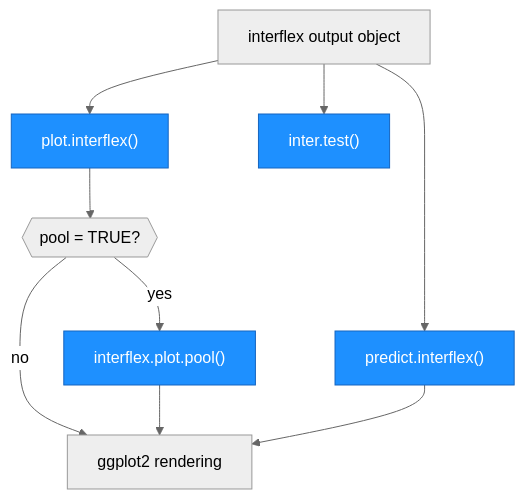
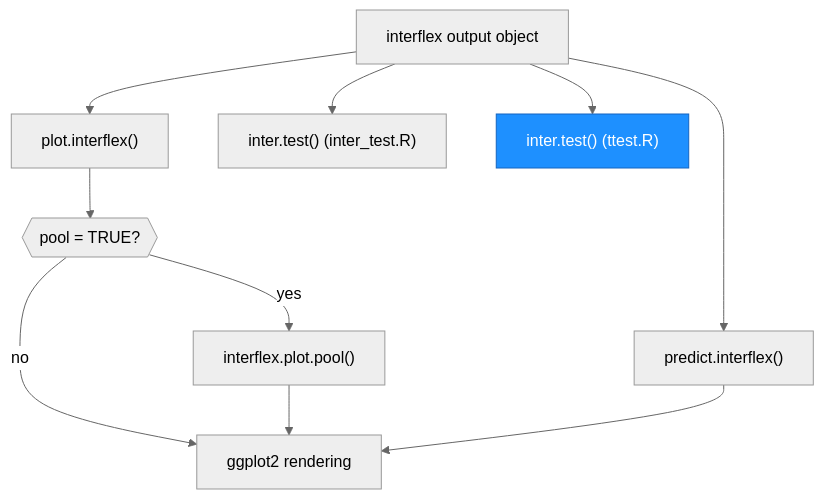
One commit to xuyiqing/interflex changed the third of 4 diagrams in architecture.md. Above: the diagram before and after it, drawn with Mermaid. The commit also changed other lines of this file and 10 other files, not shown here.

````diff
--- a/architecture.md
+++ b/architecture.md
@@ -221,17 +212,15 @@
 ```mermaid
 %%{init: {'theme': 'neutral'}}%%
 graph TD
     OUT["interflex output object"] --> PLOT["plot.interflex()"]
     OUT --> PRED["predict.interflex()"]
-    OUT --> TEST["inter.test()"]
+    OUT --> TEST["inter.test() (inter_test.R)"]
+    OUT --> TEST2["inter.test() (ttest.R)"]
     PLOT --> POOL{{"pool = TRUE?"}}
     POOL -- yes --> PPL["interflex.plot.pool()"]
     POOL -- no --> GPLT["ggplot2 rendering"]
     PPL --> GPLT
     PRED --> GPLT
 
-    style PLOT fill:#1e90ff,stroke:#1565c0,color:#fff
-    style PRED fill:#1e90ff,stroke:#1565c0,color:#fff
-    style TEST fill:#1e90ff,stroke:#1565c0,color:#fff
-    style PPL fill:#1e90ff,stroke:#1565c0,color:#fff
+    style TEST2 fill:#1e90ff,stroke:#1565c0,color:#fff
 ```
````
